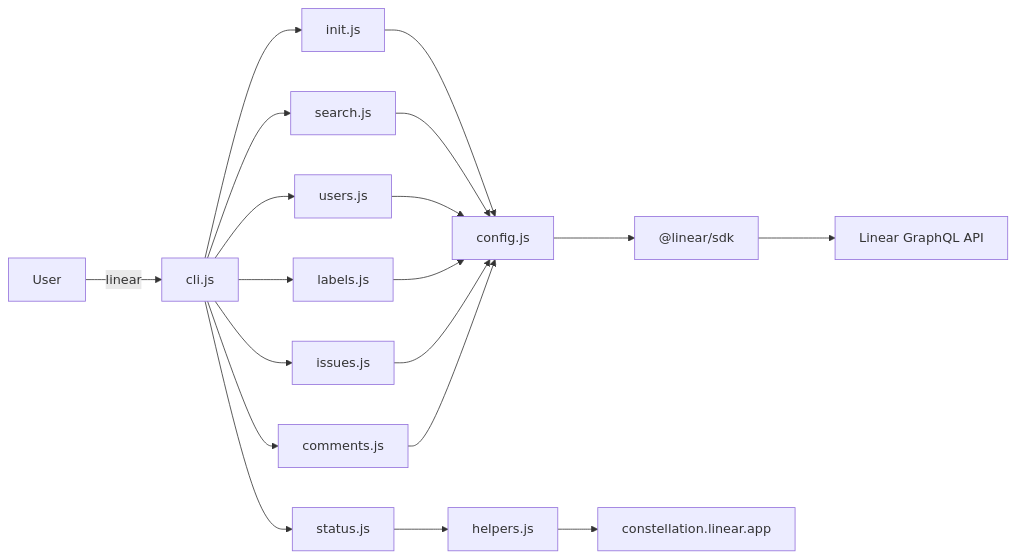
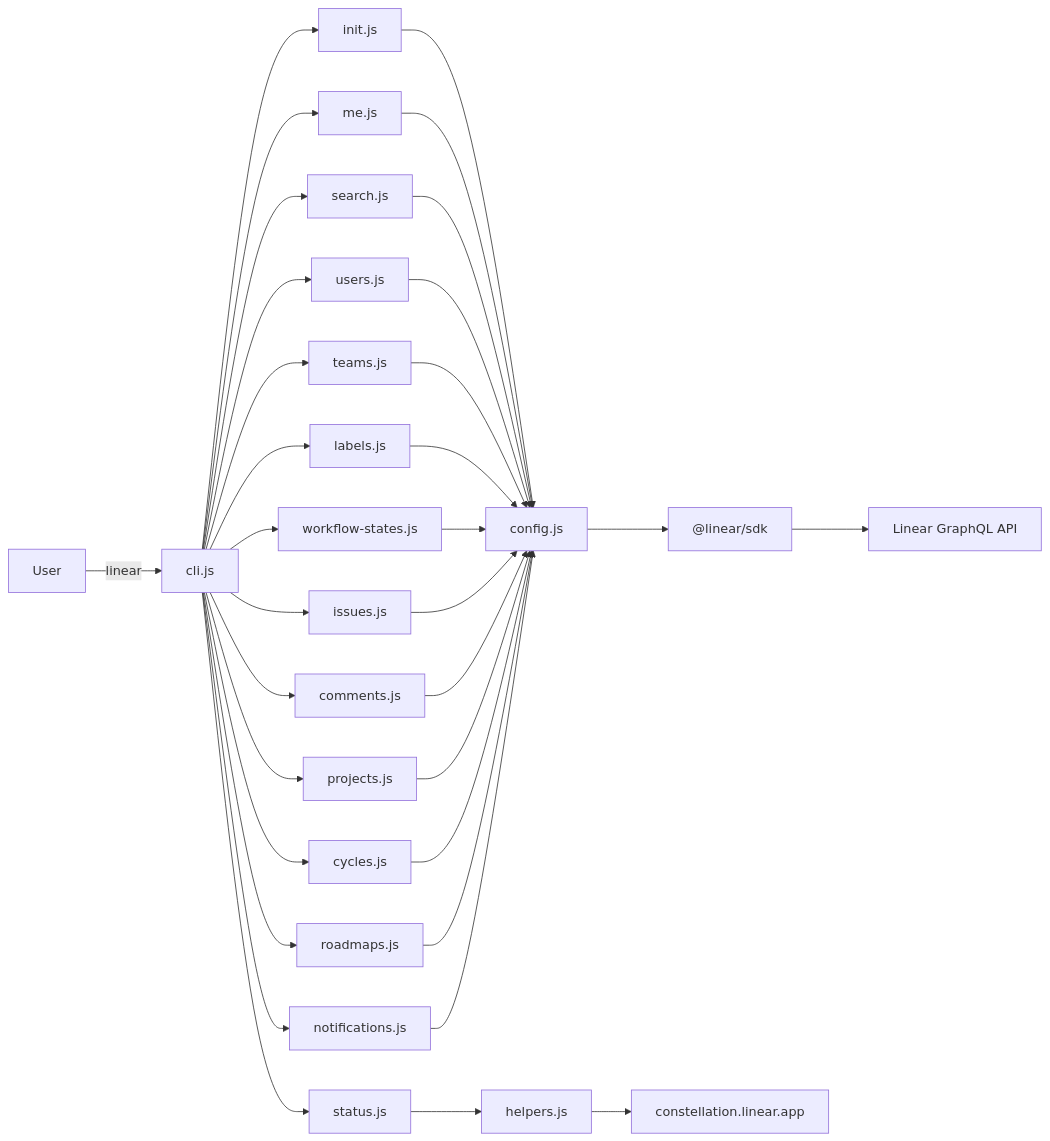
The first of 2 diagrams in SPEC.md (dotbrains/linear-cli), drawn with Mermaid before and after one commit. The commit also changed other lines of this file and 12 other files, not shown here.

First line of the commit message:
feat: expand CLI with teams, workflow states, issue CRUD, projects, cycles, roadmaps, notifications

````diff
--- a/SPEC.md
+++ b/SPEC.md
@@ -210,21 +388,35 @@
 ```mermaid
 flowchart LR
     User -->|linear <cmd>| CLI[cli.js]
     CLI --> Init[init.js]
+    CLI --> Me[me.js]
     CLI --> Search[search.js]
     CLI --> Users[users.js]
+    CLI --> Teams[teams.js]
     CLI --> Labels[labels.js]
+    CLI --> WS[workflow-states.js]
     CLI --> Issues[issues.js]
     CLI --> Comments[comments.js]
+    CLI --> Projects[projects.js]
+    CLI --> Cycles[cycles.js]
+    CLI --> Roadmaps[roadmaps.js]
+    CLI --> Notifications[notifications.js]
     CLI --> Status[status.js]
     Init --> Config[config.js]
+    Me --> Config
     Search --> Config
     Users --> Config
+    Teams --> Config
     Labels --> Config
+    WS --> Config
     Issues --> Config
     Comments --> Config
+    Projects --> Config
+    Cycles --> Config
+    Roadmaps --> Config
+    Notifications --> Config
     Config --> SDK["@linear/sdk"]
     SDK --> API["Linear GraphQL API"]
     Status --> Helpers[helpers.js]
     Helpers --> StatusAPI["constellation.linear.app"]
 ```
````
